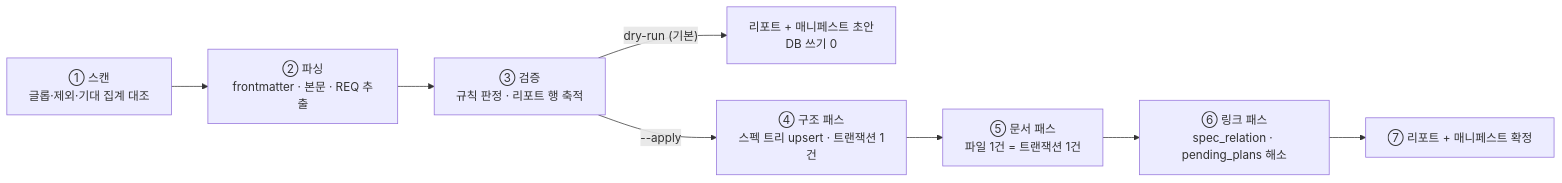
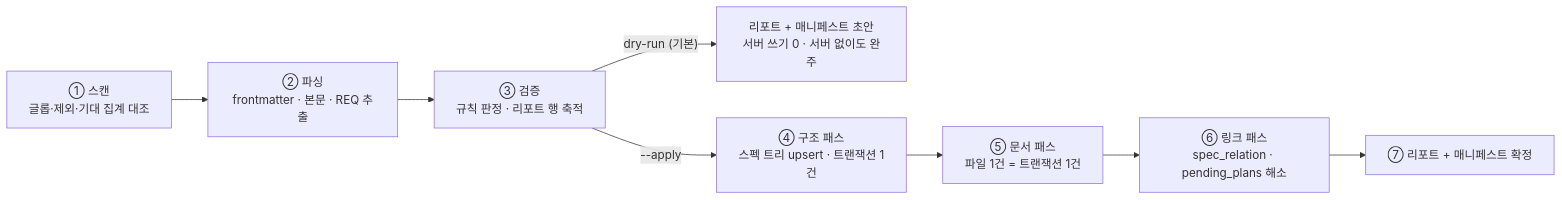
One commit to worker-ants/nerv changed the diagram in docs/04-mvp/importer.md. Above: the diagram before and after it, drawn with Mermaid. The commit also changed other lines of this file and 30 other files, not shown here.

````diff
--- a/docs/04-mvp/importer.md
+++ b/docs/04-mvp/importer.md
@@ -232,10 +305,10 @@
 ```mermaid
 flowchart LR
   A["① 스캔<br/>글롭·제외·기대 집계 대조"] --> B["② 파싱<br/>frontmatter · 본문 · REQ 추출"]
   B --> C["③ 검증<br/>규칙 판정 · 리포트 행 축적"]
-  C -->|"dry-run (기본)"| R1["리포트 + 매니페스트 초안<br/>DB 쓰기 0"]
+  C -->|"dry-run (기본)"| R1["리포트 + 매니페스트 초안<br/>서버 쓰기 0 · 서버 없이도 완주"]
   C -->|"--apply"| D["④ 구조 패스<br/>스펙 트리 upsert · 트랜잭션 1건"]
   D --> E["⑤ 문서 패스<br/>파일 1건 = 트랜잭션 1건"]
   E --> F["⑥ 링크 패스<br/>spec_relation · pending_plans 해소"]
   F --> R2["⑦ 리포트 + 매니페스트 확정"]
 ```
````
